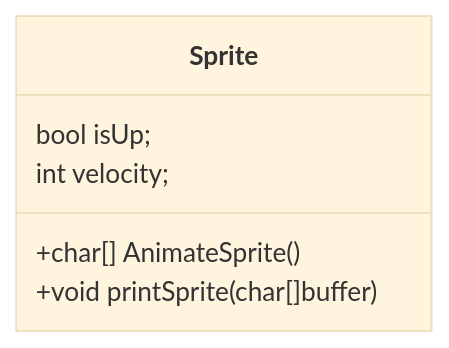
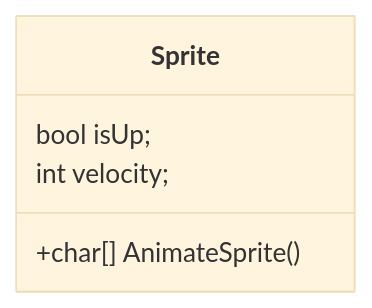
One commit to NexusWeave/MVP-FlappyBird-cs changed the third of 9 diagrams in dokumentasjon/diagram/klasse-diagram.md. Above: the diagram before and after it, drawn with Mermaid (base theme). The commit also changed other lines of this file, not shown here.

Commit message:
Refactor klasse-diagram.md to update GameScreen and StateScreen methods, remove Background class, and streamline method signatures

````diff
--- a/dokumentasjon/diagram/klasse-diagram.md
+++ b/dokumentasjon/diagram/klasse-diagram.md
@@ -47,11 +34,10 @@
 ```mermaid
     classDiagram
         direction TD
 
         class Sprite {
             bool isUp;
             int velocity;
             +char[] AnimateSprite()
-            +void printSprite(char[]buffer)
         }
 ```
````
